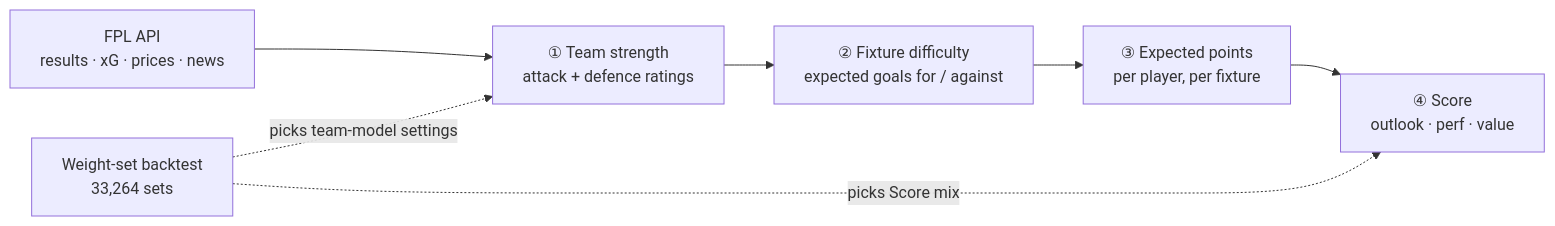
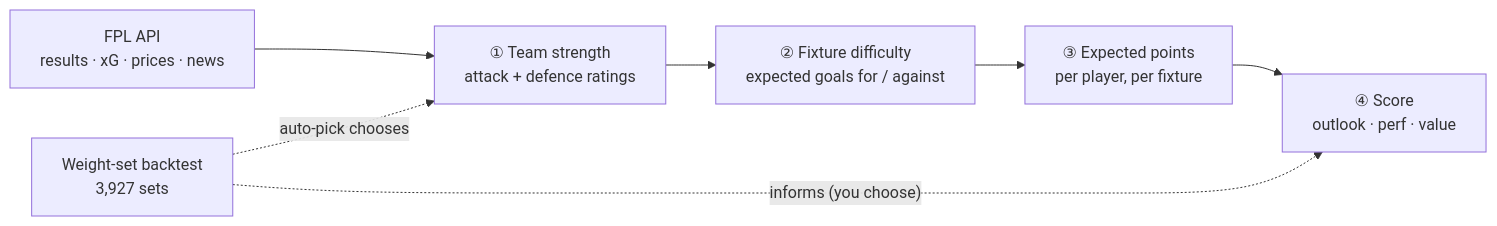
The diagram in docs/MODEL.md (dashzinho/fpl-ranker), drawn with Mermaid before and after one commit. The commit also changed other lines of this file and 16 other files, not shown here.

````diff
--- a/docs/MODEL.md
+++ b/docs/MODEL.md
@@ -17,9 +19,9 @@
 ```mermaid
 flowchart LR
     A["FPL API<br/>results · xG · prices · news"] --> B["① Team strength<br/>attack + defence ratings"]
     B --> C["② Fixture difficulty<br/>expected goals for / against"]
     C --> D["③ Expected points<br/>per player, per fixture"]
     D --> E["④ Score<br/>outlook · perf · value"]
-    F["Weight-set backtest<br/>33,264 sets"] -. "picks team-model settings" .-> B
-    F -. "picks Score mix" .-> E
+    F["Weight-set backtest<br/>3,927 sets"] -. "auto-pick chooses" .-> B
+    F -. "informs (you choose)" .-> E
 ```
````
